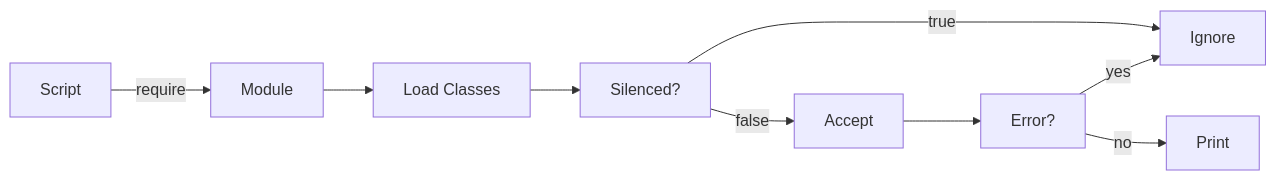
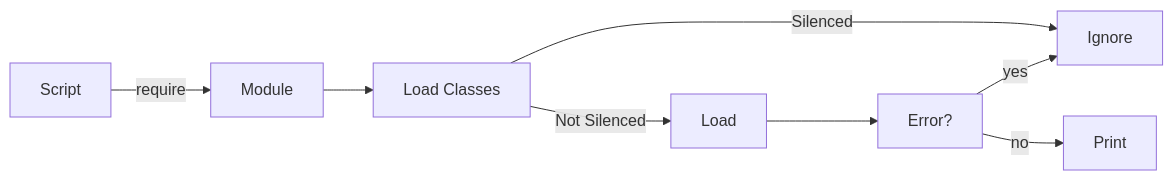
The diagram in docs/getting_started.md (remideas/Bases), drawn with Mermaid before and after one commit. The commit also changed other lines of this file and 2 other files, not shown here.

```diff
--- a/docs/getting_started.md
+++ b/docs/getting_started.md
@@ -14,11 +14,10 @@
 <div class="mermaid">
 graph LR;
   A[Script] -->|require| B[Module];
   B --> C[Load Classes];
-  C --> D[Silenced?];
-  D --> |true| E[Ignore];
-  D --> |false| F[Accept];
-  F --> G[Error?];
-  G --> |yes| E;
-  G --> |no| H[Print];
+  C --> |Silenced|D[Ignore];
+  C --> |Not Silenced| E[Load];
+  E --> F[Error?];
+  F --> |yes| D;
+  F --> |no| G[Print];
 </div>
```
